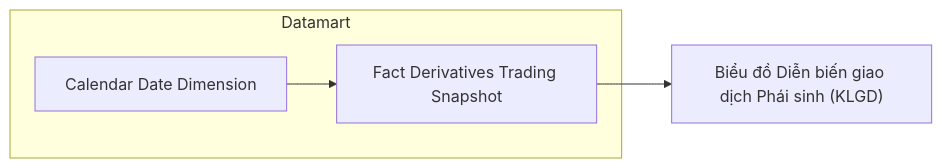
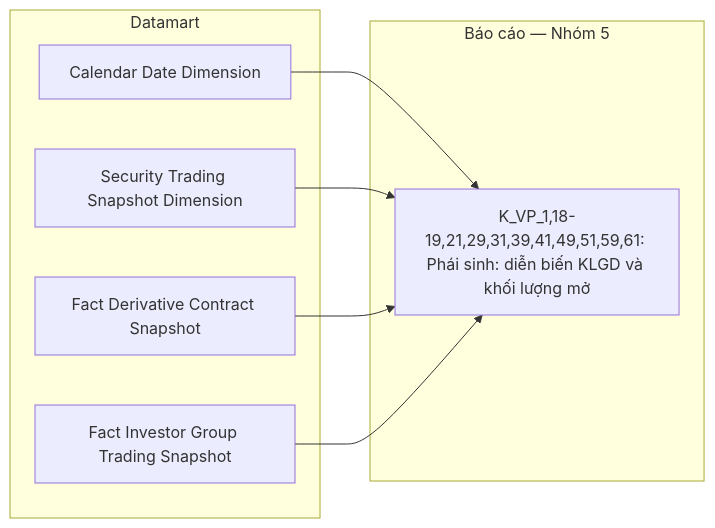
One commit to linhlvit/ubck_atomic_design changed diagram 17 of 40 in Datamart/hld/DTM_VP_HLD.md. Above: the diagram before and after it, drawn with Mermaid. The commit also changed other lines of this file and 25 other files, not shown here.

````diff
--- a/Datamart/hld/DTM_VP_HLD.md
+++ b/Datamart/hld/DTM_VP_HLD.md
@@ -572,9 +954,16 @@
 ```mermaid
 flowchart LR
     subgraph GOLD["Datamart"]
-        fct_derv_tdg_snpst["Fact Derivatives Trading Snapshot"]
-        cdr_dt_dim["Calendar Date Dimension"]
+        Calendar_Date_Dimension["Calendar Date Dimension"]
+        Security_Trading_Snapshot_Dimension["Security Trading Snapshot Dimension"]
+        Fact_Derivative_Contract_Snapshot["Fact Derivative Contract Snapshot"]
+        Fact_Investor_Group_Trading_Snapshot["Fact Investor Group Trading Snapshot"]
     end
-    cdr_dt_dim --> fct_derv_tdg_snpst
-    fct_derv_tdg_snpst --> RPT5["Biểu đồ Diễn biến giao dịch Phái sinh (KLGD)"]
+    subgraph RPT["Báo cáo — Nhóm 5"]
+        R1["K_VP_1,18-19,21,29,31,39,41,49,51,59,61: Phái sinh: diễn biến KLGD và khối lượng mở"]
+    end
+    Calendar_Date_Dimension --> R1
+    Security_Trading_Snapshot_Dimension --> R1
+    Fact_Derivative_Contract_Snapshot --> R1
+    Fact_Investor_Group_Trading_Snapshot --> R1
 ```
````
